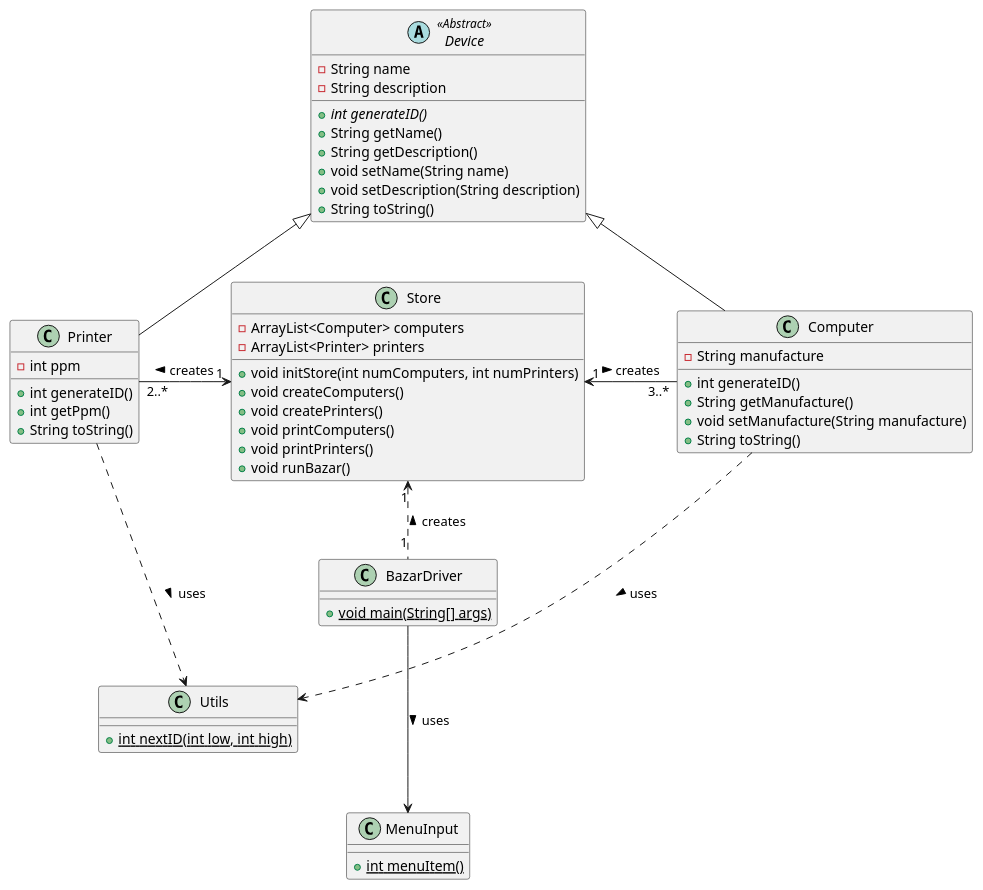
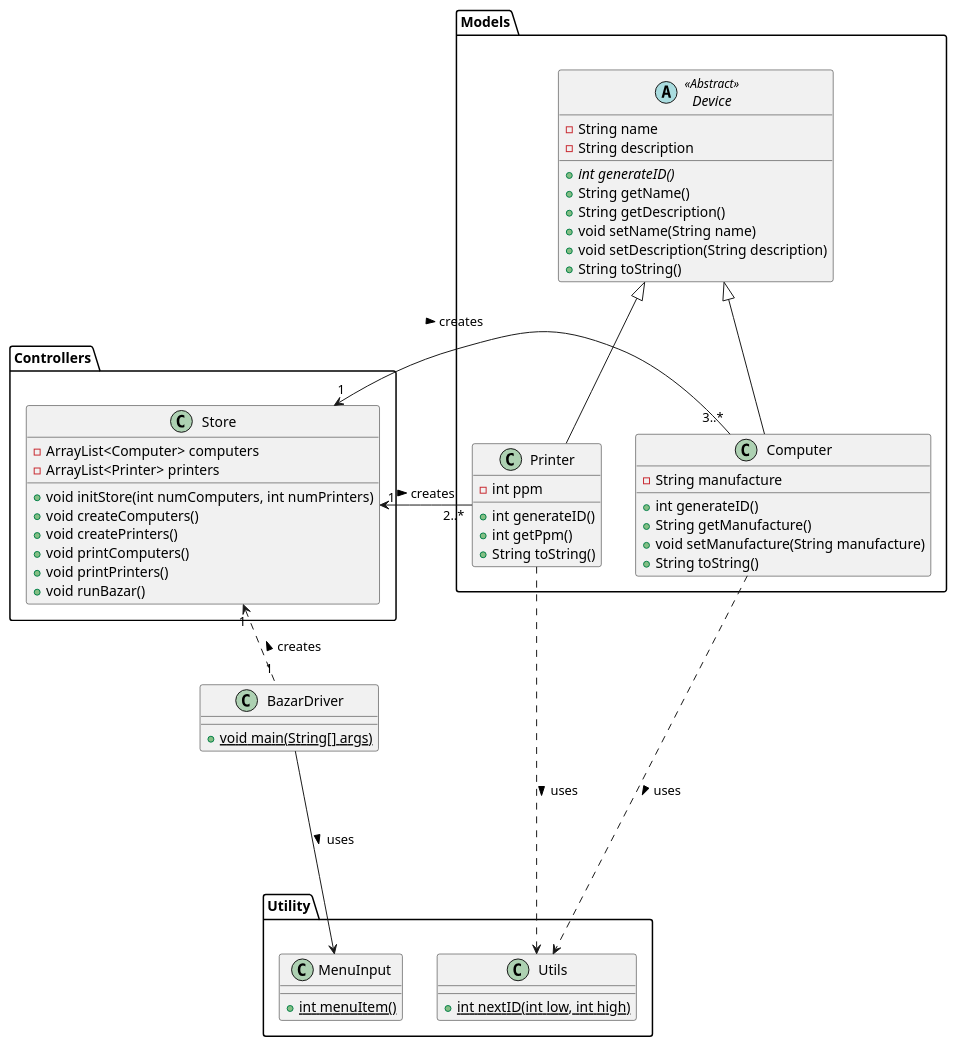
The diagram in Docs/Diagram.puml (jenul-ferdinand/digital-bazaar), drawn with PlantUML before and after one commit. The commit also changed 1 other file, not shown here.

Commit message:
Updated UML Diagram, added packages for the existing classes

```diff
--- a/Docs/Diagram.puml
+++ b/Docs/Diagram.puml
@@ -1,65 +1,74 @@
 @startuml
+
 
 class BazarDriver {
     + {static} void main(String[] args)
 }
 
-class Store {
-    - ArrayList<Computer> computers
-    - ArrayList<Printer> printers
-    + void initStore(int numComputers, int numPrinters)
-    + void createComputers()
-    + void createPrinters()
-    + void printComputers()
-    + void printPrinters()
-    + void runBazar()
+package Controllers {
+    class Store {
+        - ArrayList<Computer> computers
+        - ArrayList<Printer> printers
+        + void initStore(int numComputers, int numPrinters)
+        + void createComputers()
+        + void createPrinters()
+        + void printComputers()
+        + void printPrinters()
+        + void runBazar()
+    }
 }
 
-class Printer {
-    - int ppm
-    + int generateID()
-    + int getPpm()
-    + String toString()
+package Models {
+
+    class Printer {
+        - int ppm
+        + int generateID()
+        + int getPpm()
+        + String toString()
+    }
+
+    class Computer {
+        - String manufacture
+        + int generateID()
+        + String getManufacture()
+        + void setManufacture(String manufacture)
+        + String toString()
+    }
+
+    abstract class Device <<Abstract>> {
+        - String name
+        - String description
+        + {abstract} int generateID()
+        + String getName()
+        + String getDescription()
+        + void setName(String name)
+        + void setDescription(String description)
+        + String toString()
+    }
 }
 
-class Computer {
-    - String manufacture
-    + int generateID()
-    + String getManufacture()
-    + void setManufacture(String manufacture)
-    + String toString()
+package Utility {
+    class MenuInput {
+        + {static} int menuItem()
+    }
+
+    class Utils {
+        + {static} int nextID(int low, int high)
+    }
 }
 
-abstract class Device <<Abstract>> {
-    - String name
-    - String description
-    + {abstract} int generateID()
-    + String getName()
-    + String getDescription()
-    + void setName(String name)
-    + void setDescription(String description)
-    + String toString()
-}
-
-class MenuInput {
-    + {static} int menuItem()
-}
-
-class Utils {
-    + {static} int nextID(int low, int high)
-}
 
 Printer -u-|> Device
 Computer -u-|> Device
 
 Printer "2..*" -r-> "1" Store : creates <
 Computer "3..*" -l-> "1" Store : creates <
 
 Printer ...> Utils : uses >
 Computer ...>  Utils : uses >
 
 BazarDriver "1" .u.> "1" Store : creates >
 BazarDriver ---> MenuInput : uses >
 
 
 @enduml
```
